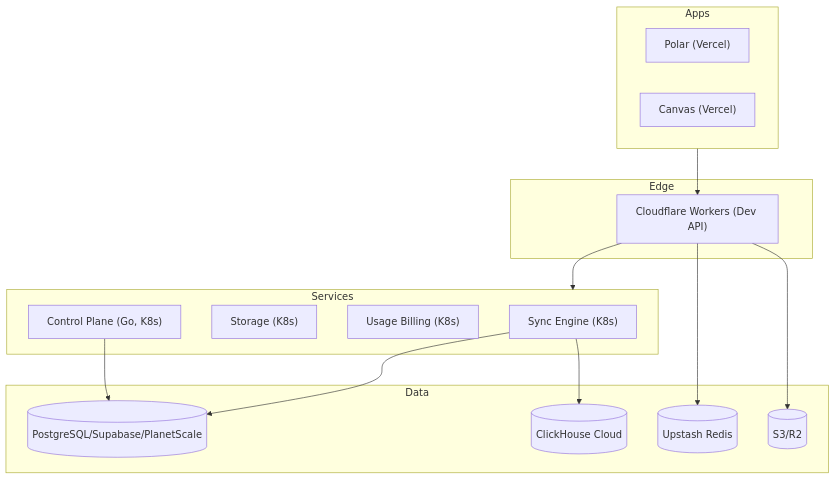
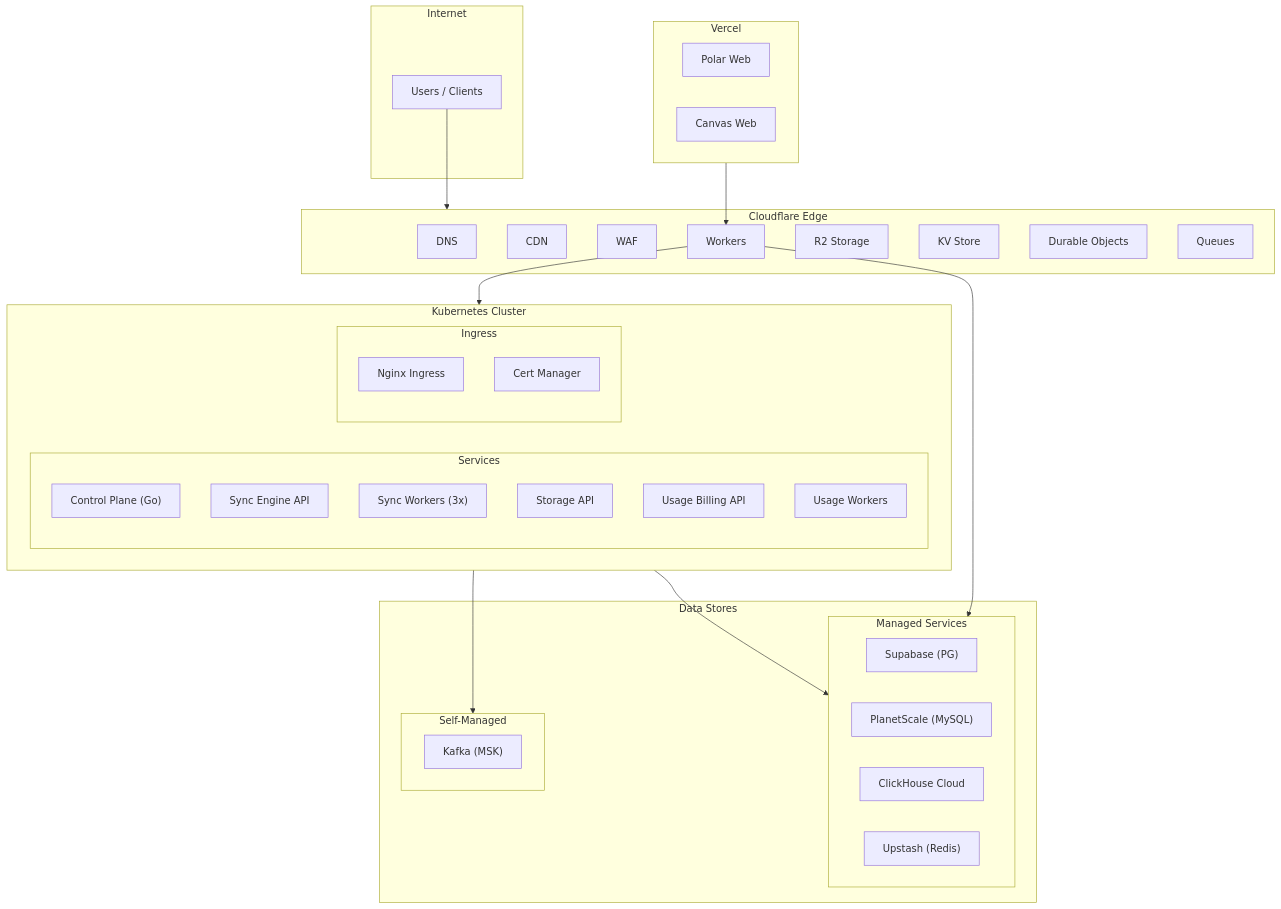
One commit to Oppulence-Engineering/.github changed diagram 17 of 22 in profile/ARCHITECTURE.md. Above: the diagram before and after it, drawn with Mermaid. The commit also changed other lines of this file, not shown here.

First line of the commit message:
Expand ARCHITECTURE.md with comprehensive RFC documentation

````diff
--- a/profile/ARCHITECTURE.md
+++ b/profile/ARCHITECTURE.md
@@ -239,29 +2624,58 @@
 ```mermaid
 flowchart TB
-  subgraph Edge
-    CF["Cloudflare Workers (Dev API)"]
-  end
-  subgraph Apps
-    PolarApp["Polar (Vercel)"]
-    CanvasApp["Canvas (Vercel)"]
-  end
-  subgraph Services
-    SyncSvc["Sync Engine (K8s)"]
-    StorageSvc["Storage (K8s)"]
-    UbbSvc["Usage Billing (K8s)"]
-    CPsvc["Control Plane (Go, K8s)"]
-  end
-  subgraph Data
-    PG[(PostgreSQL/Supabase/PlanetScale)]
-    CH[(ClickHouse Cloud)]
-    Redis[(Upstash Redis)]
-    S3[(S3/R2)]
-  end
-  CF-->Services
-  Apps-->CF
-  SyncSvc-->PG
-  SyncSvc-->CH
-  CPsvc-->PG
-  CF-->Redis
-  CF-->S3
+    subgraph Internet
+        Users["Users / Clients"]
+    end
+
+    subgraph Cloudflare["Cloudflare Edge"]
+        CF_DNS["DNS"]
+        CF_CDN["CDN"]
+        CF_WAF["WAF"]
+        CF_Workers["Workers"]
+        CF_R2["R2 Storage"]
+        CF_KV["KV Store"]
+        CF_DO["Durable Objects"]
+        CF_Queue["Queues"]
+    end
+
+    subgraph Vercel["Vercel"]
+        Polar_Web["Polar Web"]
+        Canvas_Web["Canvas Web"]
+    end
+
+    subgraph K8s["Kubernetes Cluster"]
+        subgraph Services["Services"]
+            CP_Go["Control Plane (Go)"]
+            Sync_API["Sync Engine API"]
+            Sync_Worker["Sync Workers (3x)"]
+            Storage_API["Storage API"]
+            UBB_API["Usage Billing API"]
+            UBB_Worker["Usage Workers"]
+        end
+
+        subgraph Ingress
+            Nginx["Nginx Ingress"]
+            Cert["Cert Manager"]
+        end
+    end
+
+    subgraph Data["Data Stores"]
+        subgraph Managed["Managed Services"]
+            Supabase["Supabase (PG)"]
+            PlanetScale["PlanetScale (MySQL)"]
+            ClickHouse_Cloud["ClickHouse Cloud"]
+            Upstash["Upstash (Redis)"]
+        end
+
+        subgraph Self["Self-Managed"]
+            Kafka_Cluster["Kafka (MSK)"]
+        end
+    end
+
+    Users --> Cloudflare
+    CF_Workers --> K8s
+    CF_Workers --> Managed
+    Vercel --> CF_Workers
+    K8s --> Managed
+    K8s --> Self
 ```
````
